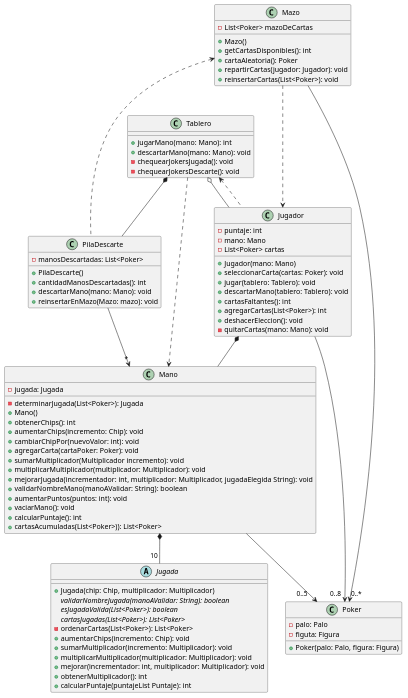
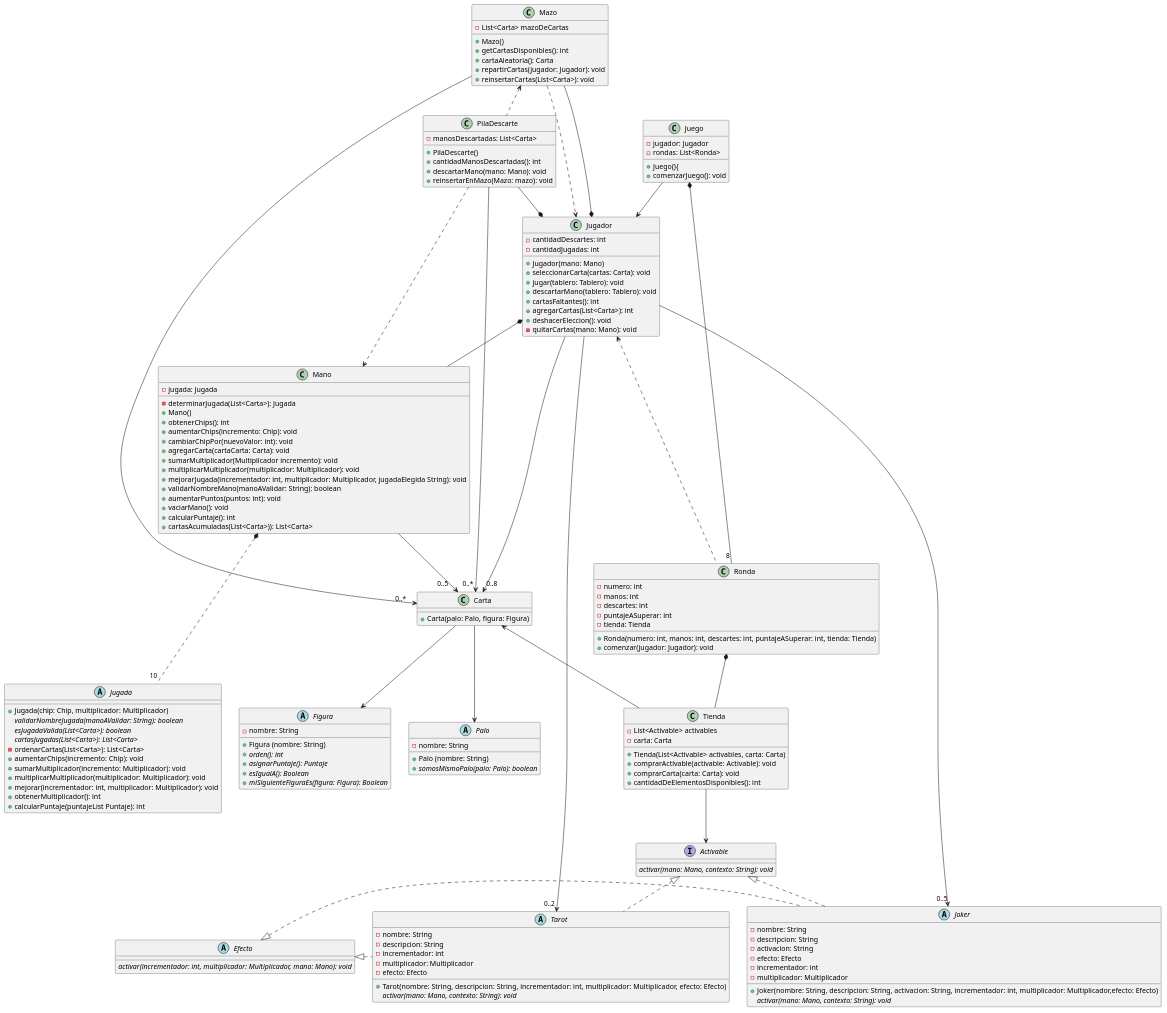
One commit to Cbonchan/Balatro changed the diagram in diagrams/classes/general/General.puml. Above: the diagram before and after it, drawn with PlantUML.

Commit message:
Actualizacion de diagrama general basico

```diff
--- a/diagrams/classes/general/General.puml
+++ b/diagrams/classes/general/General.puml
@@ -1,100 +1,175 @@
 @@startuml diagramaClases
 /'incompleto'/
 
  class Jugador {
-     - puntaje: int
-     - mano: Mano
-     - List<Poker> cartas
+     - cantidadDescartes: int
+     - cantidadJugadas: int
+
 
      + Jugador(mano: Mano)
-     + seleccionarCarta(cartas: Poker): void
+     + seleccionarCarta(cartas: Carta): void
      + jugar(tablero: Tablero): void
      + descartarMano(tablero: Tablero): void
      + cartasFaltantes(): int
-     + agregarCartas(List<Poker>): int
+     + agregarCartas(List<Carta>): int
      + deshacerEleccion(): void
      - quitarCartas(mano: Mano): void
 
  }
 
 
- class Poker {
-     - palo: Palo
-     - figuta: Figura
+ class Carta {
 
-     + Poker(palo: Palo, figura: Figura)
+
+     + Carta(palo: Palo, figura: Figura)
 
  }
+
+abstract class Figura{
+    - nombre: String
+    +Figura (nombre: String)
+    + {abstract} orden(): int
+    + {abstract} asignarPuntaje(): Puntaje
+    + {abstract} esIgualA(): Boolean
+    + {abstract} miSiguienteFiguraEs(figura: Figura): Boolean
+}
+
+abstract class Palo{
+    - nombre: String
+    +Palo (nombre: String)
+    + {abstract} somosMismoPalo(palo: Palo): boolean
+}
+
+
  class Mano {
       - jugada: Jugada
-      - determinarJugada(List<Poker>): Jugada
+      - determinarJugada(List<Carta>): Jugada
       +Mano()
       + obtenerChips(): int
       + aumentarChips(incremento: Chip): void
       + cambiarChipPor(nuevoValor: int): void
-      + agregarCarta(cartaPoker: Poker): void
+      + agregarCarta(cartaCarta: Carta): void
       + sumarMultiplicador(Multiplicador incremento): void
       + multiplicarMultiplicador(multiplicador: Multiplicador): void
       + mejorarJugada(incrementador: int, multiplicador: Multiplicador, jugadaElegida String): void
       + validarNombreMano(manoAValidar: String): boolean
       + aumentarPuntos(puntos: int): void
       + vaciarMano(): void
       + calcularPuntaje(): int
-      + cartasAcumuladas(List<Poker>)): List<Poker>
+      + cartasAcumuladas(List<Carta>)): List<Carta>
 
   }
 
   abstract class Jugada{
       +Jugada(chip: Chip, multiplicador: Multiplicador)
       {abstract} validarNombreJugada(manoAValidar: String): boolean
-      {abstract} esJugadaValida(List<Poker>): boolean
-      {abstract} cartasJugadas(List<Poker>): List<Poker>
-      - ordenarCartas(List<Poker>): List<Poker>
+      {abstract} esJugadaValida(List<Carta>): boolean
+      {abstract} cartasJugadas(List<Carta>): List<Carta>
+      - ordenarCartas(List<Carta>): List<Carta>
       + aumentarChips(incremento: Chip): void
       +sumarMultiplicador(incremento: Multiplicador): void
       +multiplicarMultiplicador(multiplicador: Multiplicador): void
       +mejorar(incrementador: int, multiplicador: Multiplicador): void
       +obtenerMultiplicador(): int
       + calcularPuntaje(puntajeList Puntaje): int
   }
 
+ abstract class Joker implements Activable{
+    -nombre: String
+    -descripcion: String
+    -activacion: String
+    -efecto: Efecto
+    -incrementador: int
+    -multiplicador: Multiplicador
+    +Joker(nombre: String, descripcion: String, activacion: String, incrementador: int, multiplicador: Multiplicador,efecto: Efecto)
+    {abstract}activar(mano: Mano, contexto: String): void
+ }
+ abstract class Tarot implements Activable{
+    -nombre: String
+    -descripcion: String
+    -incrementador: int
+    -multiplicador: Multiplicador
+    -efecto: Efecto
 
-
- class Tablero {
-     + jugarMano(mano: Mano): int
-     + descartarMano(mano: Mano): void
-     - chequearJokersJugada(): void
-     - chequearJokersDescarte(): void
+    +Tarot(nombre: String, descripcion: String, incrementador: int, multiplicador: Multiplicador, efecto: Efecto)
+    {abstract}activar(mano: Mano, contexto: String): void
  }
 
+ interface Activable{
+    {abstract}activar(mano: Mano, contexto: String): void
+ }
+
+abstract class Efecto{
+{abstract} activar(incrementador: int, multiplicador: Multiplicador, mano: Mano): void
+}
+
 class PilaDescarte {
-    - manosDescartadas: List<Poker>
+    - manosDescartadas: List<Carta>
 
     + PilaDescarte()
     + cantidadManosDescartadas(): int
     + descartarMano(mano: Mano): void
     + reinsertarEnMazo(Mazo: mazo): void
  }
 
 class Mazo{
-    -List<Poker> mazoDeCartas
+    -List<Carta> mazoDeCartas
     +Mazo()
     +getCartasDisponibles(): int
-    +cartaAleatoria(): Poker
+    +cartaAleatoria(): Carta
     +repartirCartas(jugador: Jugador): void
-    +reinsertarCartas(List<Poker>): void
+    +reinsertarCartas(List<Carta>): void
 }
 
-Tablero *-- PilaDescarte
-Tablero o-- Jugador
+class Ronda{
+-numero: int
+-manos: int
+-descartes: int
+-puntajeASuperar: int
+-tienda: Tienda
+
++Ronda(numero: int, manos: int, descartes: int, puntajeASuperar: int, tienda: Tienda)
++comenzar(jugador: Jugador): void
+}
+
+class Juego{
+-jugador: Jugador
+-rondas: List<Ronda>
+
++Juego(){
++comenzarJuego(): void
+}
+
+class Tienda{
+-List<Activable> activables
+-carta: Carta
++Tienda(List<Activable> activables, carta: Carta)
++comprarActivable(activable: Activable): void
++comprarCarta(carta: Carta): void
++cantidadDeElementosDisponibles(): int
+}
+
+Juego *--"8 " Ronda
+Ronda *-- Tienda
+PilaDescarte --* Jugador
 Jugador *-- Mano
-Mano -->"0..5   " Poker
-Mano *--"10 " Jugada
-Jugador --->"0..8  " Poker
-PilaDescarte -->"*" Mano
+Mano -->"0..5   " Carta
+Mano *-.-"10 " Jugada
+Jugador --->"0..8  " Carta
+PilaDescarte ..> Mano
 Mazo <.. PilaDescarte
 Mazo ...> Jugador
-Tablero ..> Mano
-Tablero <.. Jugador
-Mazo -->"0..* " Poker
+Mazo -->" 0..*    " Carta
+Carta --> Palo
+Carta --> Figura
+Mazo --* Jugador
+Jugador -->"0..5" Joker
+Jugador -->"0..2 " Tarot
+Efecto <|. Tarot
+Efecto <|. Joker
+Tienda--> Activable
+Carta <- Tienda
+Juego --> Jugador
+PilaDescarte -->"0..* " Carta
+Jugador <... Ronda
  @enduml
```
